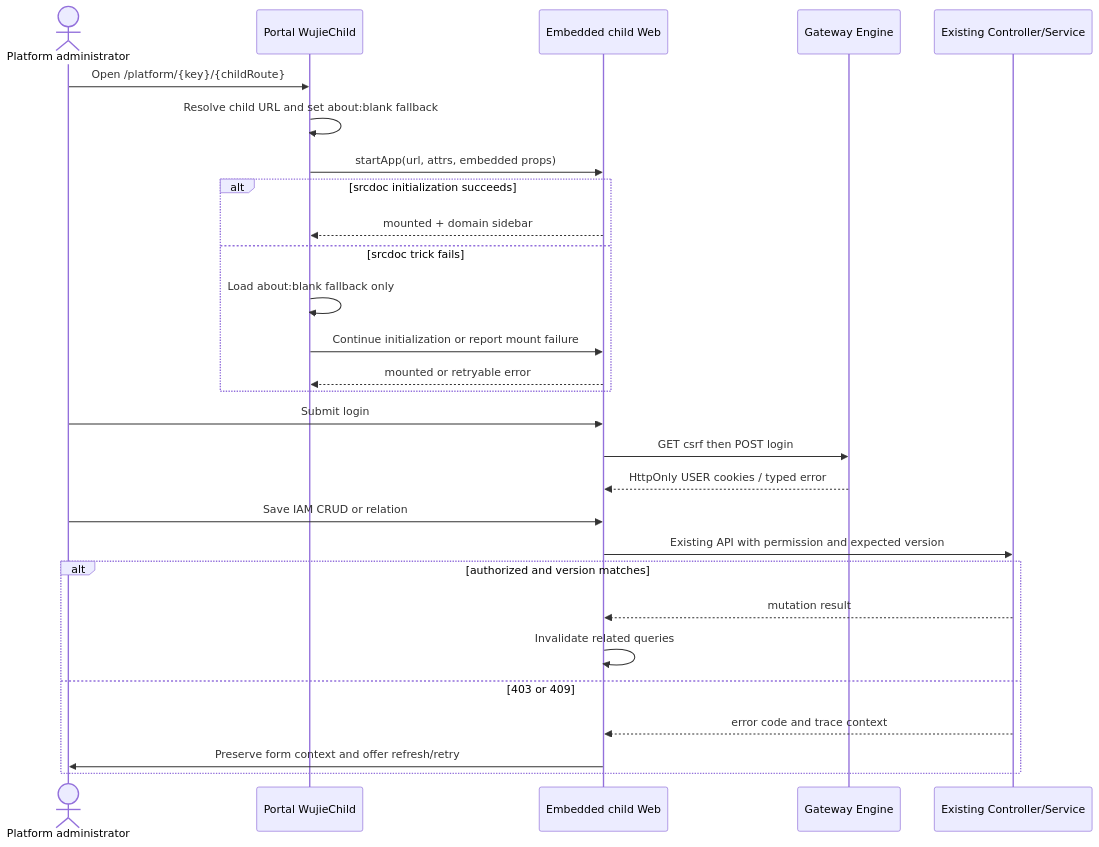
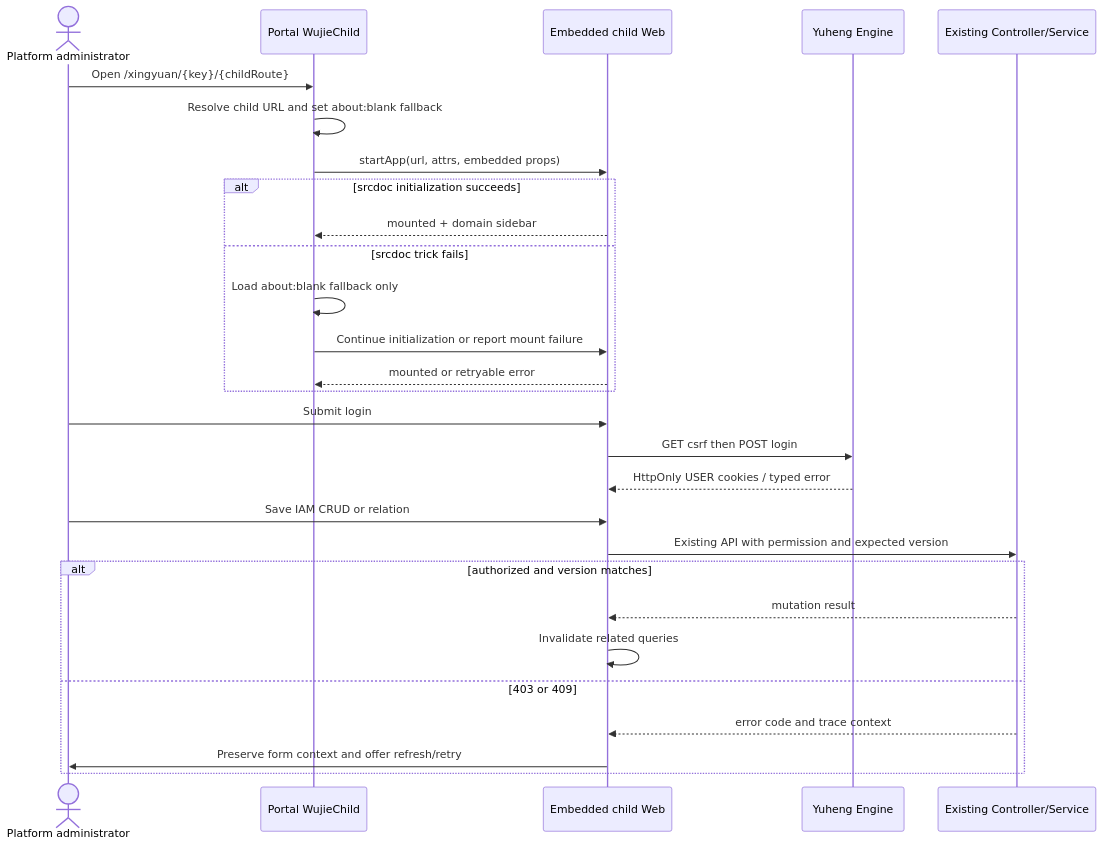
One commit to AllenDEricDAlexander/Egon-COLA changed the third of 3 diagrams in docs/egon/spec/2026-08-29-01-11-platforms-ui-completeness-and-runtime-repair.md. Above: the diagram before and after it, drawn with Mermaid. The commit also changed other lines of this file and 233 other files, not shown here.

````diff
--- a/docs/egon/spec/2026-08-29-01-11-platforms-ui-completeness-and-runtime-repair.md
+++ b/docs/egon/spec/2026-08-29-01-11-platforms-ui-completeness-and-runtime-repair.md
@@ -317,31 +317,31 @@
 ```mermaid
 sequenceDiagram
     actor Admin as Platform administrator
     participant Portal as Portal WujieChild
     participant Child as Embedded child Web
-    participant Engine as Gateway Engine
+    participant Engine as Yuheng Engine
     participant Backend as Existing Controller/Service
 
-    Admin->>Portal: Open /platform/{key}/{childRoute}
+    Admin->>Portal: Open /xingyuan/{key}/{childRoute}
     Portal->>Portal: Resolve child URL and set about:blank fallback
     Portal->>Child: startApp(url, attrs, embedded props)
     alt srcdoc initialization succeeds
         Child-->>Portal: mounted + domain sidebar
     else srcdoc trick fails
         Portal->>Portal: Load about:blank fallback only
         Portal->>Child: Continue initialization or report mount failure
         Child-->>Portal: mounted or retryable error
     end
     Admin->>Child: Submit login
     Child->>Engine: GET csrf then POST login
     Engine-->>Child: HttpOnly USER cookies / typed error
     Admin->>Child: Save IAM CRUD or relation
     Child->>Backend: Existing API with permission and expected version
     alt authorized and version matches
         Backend-->>Child: mutation result
         Child->>Child: Invalidate related queries
     else 403 or 409
         Backend-->>Child: error code and trace context
         Child->>Admin: Preserve form context and offer refresh/retry
     end
 ```
````
